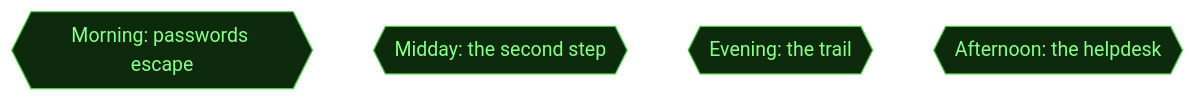
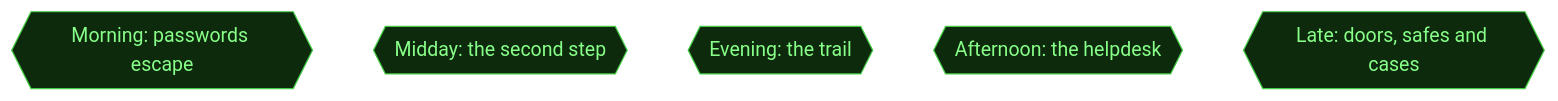
The second of 5 diagrams in scenarios/demo_ops_second_step/dungeon_graph.md (cliffe/BreakEscape), drawn with Mermaid before and after one commit. The commit also changed other lines of this file and 14 other files, not shown here.

````diff
--- a/scenarios/demo_ops_second_step/dungeon_graph.md
+++ b/scenarios/demo_ops_second_step/dungeon_graph.md
@@ -170,26 +194,27 @@
 ```mermaid
 flowchart TD
 
   classDef room      fill:#0f2d2d,stroke:#22ddcc,color:#a0ffee
   classDef lock      fill:#2d0f0f,stroke:#e66060,color:#ffa0a0
   classDef key       fill:#2d0812,stroke:#e66060,color:#ffa0a0
   classDef item      fill:#2d1200,stroke:#e89030,color:#ffcc80
   classDef gate      fill:#111,stroke:#666,color:#eee
   classDef vm        fill:#0c1f40,stroke:#4a90d9,color:#a0c8ff
   classDef flag      fill:#1a0c2d,stroke:#9060d0,color:#cc99ff
   classDef action    fill:#1a1200,stroke:#cc9922,color:#ffee88
   classDef aim       fill:#0d2a0d,stroke:#44cc44,color:#88ff88
   classDef aim_gate  fill:#111111,stroke:#44cc44,color:#44cc44
   classDef container fill:#1a2d1a,stroke:#60b060,color:#a0e0a0
   classDef npc       fill:#2d1f0d,stroke:#d0a050,color:#ffe0a0
   classDef critical  fill:#2a1500,stroke:#ffaa00,color:#ffdd88
   classDef start     fill:#003322,stroke:#00ffaa,color:#00ffaa
 
   aim_morning{{"Morning: passwords escape"}}
   aim_midday{{"Midday: the second step"}}
   aim_evening{{"Evening: the trail"}}
   aim_afternoon_helpdesk{{"Afternoon: the helpdesk"}}
+  aim_late_locks{{"Late: doors, safes and cases"}}
 
 
-  class aim_morning,aim_midday,aim_evening,aim_afternoon_helpdesk aim
+  class aim_morning,aim_midday,aim_evening,aim_afternoon_helpdesk,aim_late_locks aim
 ```
````
